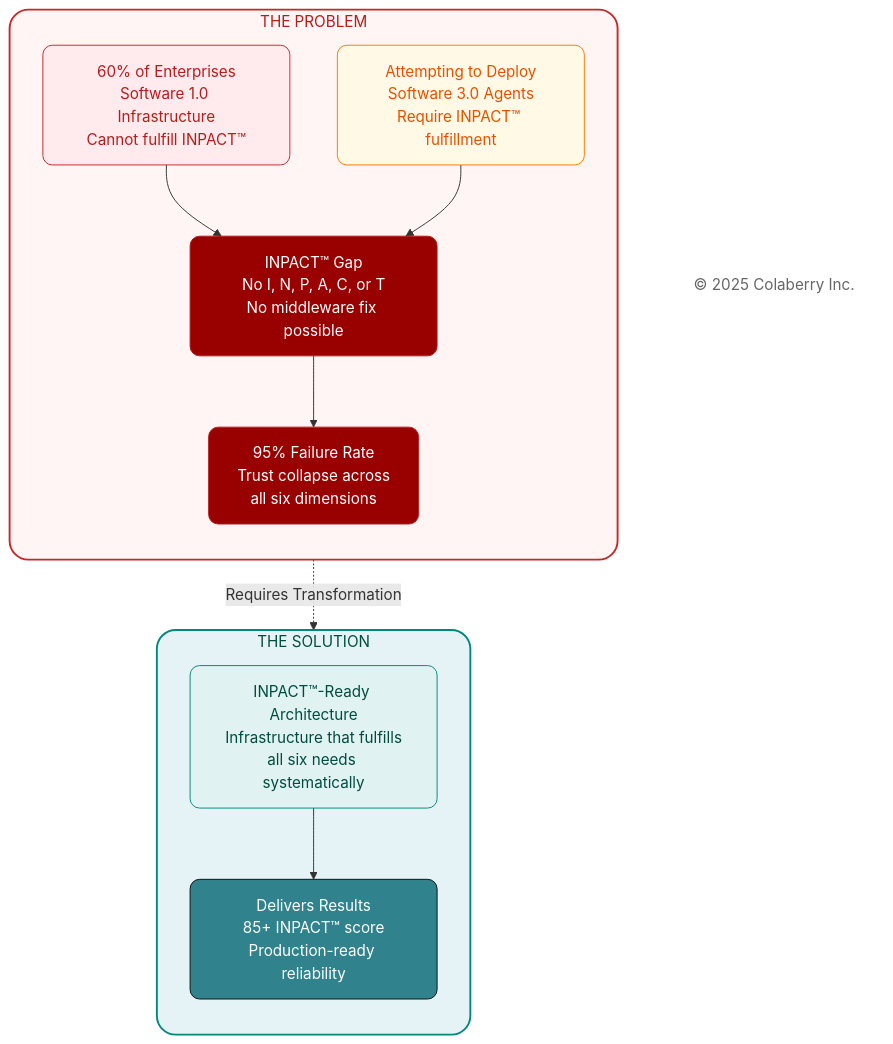
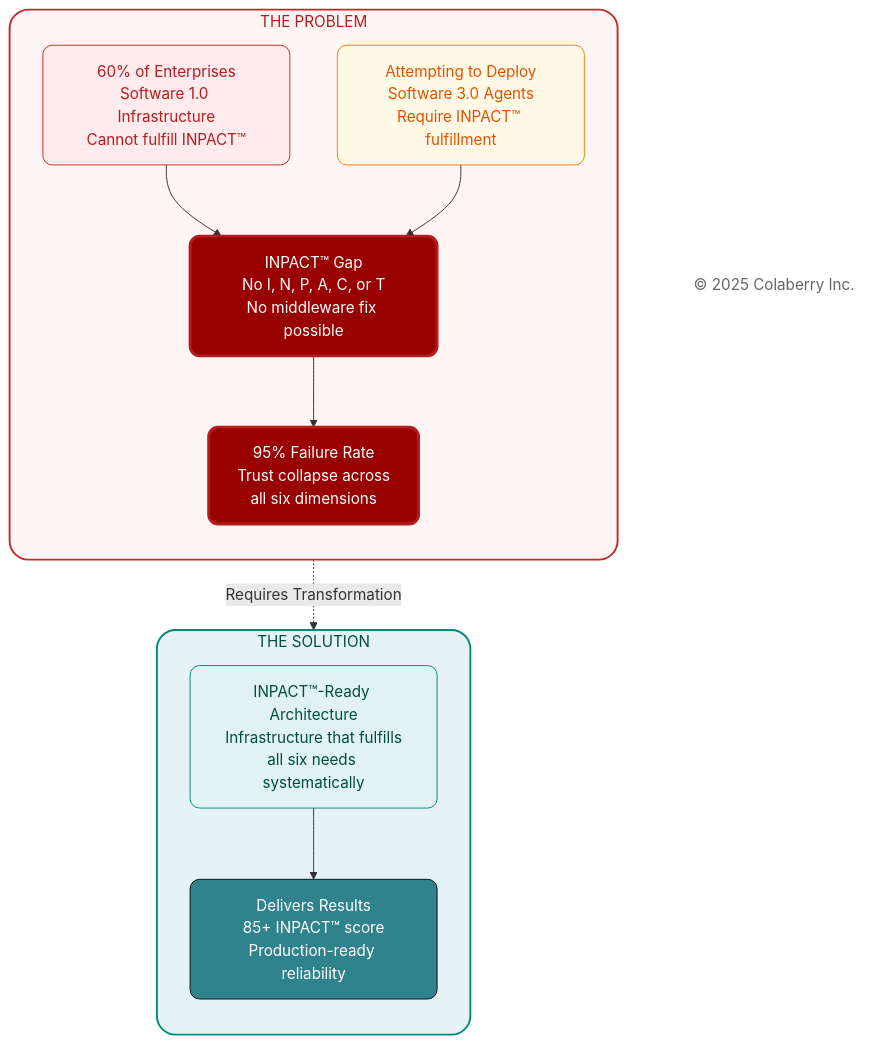
The fourth of 6 diagrams in manuscript/02_chapter_1_why_agents_fail.md (saitejesh-cyber/trust-before-intelligence-book), drawn with Mermaid before and after one commit. The commit also changed other lines of this file, not shown here.

Commit message:
Chapter2: Updated mermaid diagrams based on new colaberry color code

````diff
--- a/manuscript/02_chapter_1_why_agents_fail.md
+++ b/manuscript/02_chapter_1_why_agents_fail.md
@@ -472,42 +472,42 @@
 ```mermaid
 
 graph TB
     subgraph PROBLEM["THE PROBLEM"]
         direction TB
         current["60% of Enterprises<br/>Software 1.0 Infrastructure<br/>Cannot fulfill INPACT™"]
         
         attempting["Attempting to Deploy<br/>Software 3.0 Agents<br/>Require INPACT™ fulfillment"]
         
         gap["INPACT™ Gap<br/>No I, N, P, A, C, or T<br/>No middleware fix possible"]
         
         result["95% Failure Rate<br/>Trust collapse across<br/>all six dimensions"]
         
         current --> gap
         attempting --> gap
         gap --> result
     end
     
     subgraph SOLUTION["THE SOLUTION"]
         direction TB
         transform["INPACT™-Ready Architecture<br/>Infrastructure that fulfills<br/>all six needs systematically"]
         
         delivers["Delivers Results<br/>85+ INPACT™ score<br/>Production-ready reliability"]
         
         transform --> delivers
     end
     
     result -.->|"Requires Transformation"| transform
     
     Copyright["© 2025 Colaberry Inc."]
     
     style PROBLEM fill:#fff5f5,stroke:#c62828,stroke-width:2px,color:#b71c1c,rx:20,ry:20
     style current fill:#ffebee,stroke:#c62828,stroke-width:1px,color:#b71c1c,rx:10,ry:10
     style attempting fill:#fff9e6,stroke:#f57c00,stroke-width:1px,color:#e65100,rx:10,ry:10
-    style gap fill:#990000,stroke:#b71c1c,stroke-width:1px,color:#ffffff,rx:10,ry:10
-    style result fill:#990000,stroke:#b71c1c,stroke-width:1px,color:#ffffff,rx:10,ry:10
+    style gap fill:#990000,stroke:#b71c1c,stroke-width:3px,color:#ffffff,rx:10,ry:10
+    style result fill:#990000,stroke:#b71c1c,stroke-width:3px,color:#ffffff,rx:10,ry:10
     style SOLUTION fill:#e6f3f6,stroke:#00897b,stroke-width:2px,color:#004d40,rx:20,ry:20
     style transform fill:#e0f2f1,stroke:#00897b,stroke-width:1px,color:#004d40,rx:10,ry:10
     style delivers fill:#30838C,stroke:#0D0D0D,stroke-width:1px,color:#ffffff,rx:10,ry:10
     style Copyright fill:none,stroke:none,color:#666666
 
 ```
````
